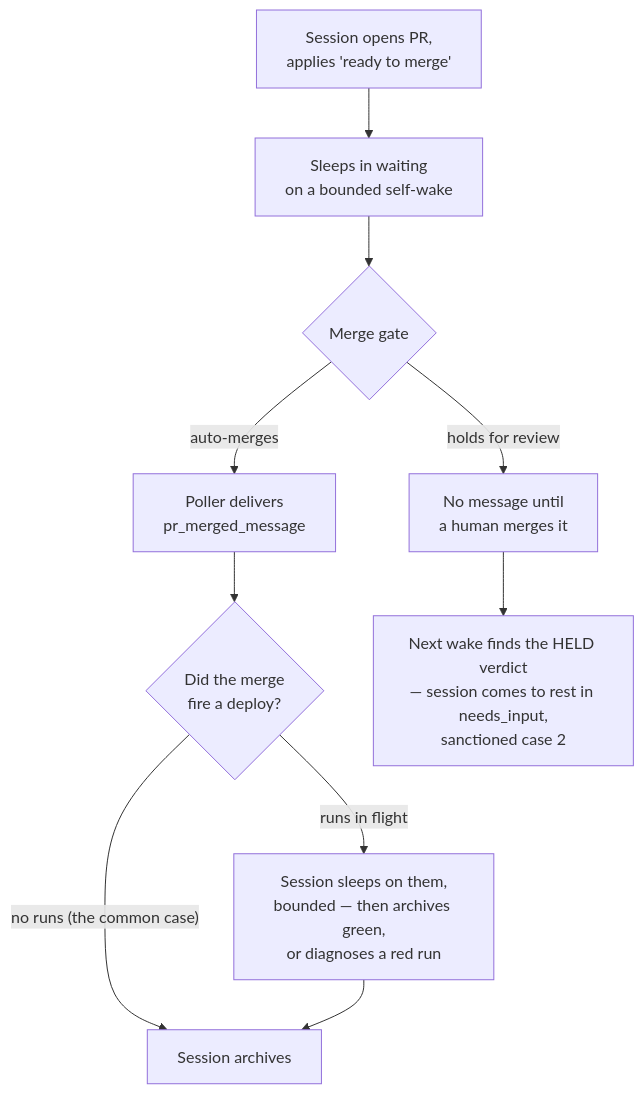
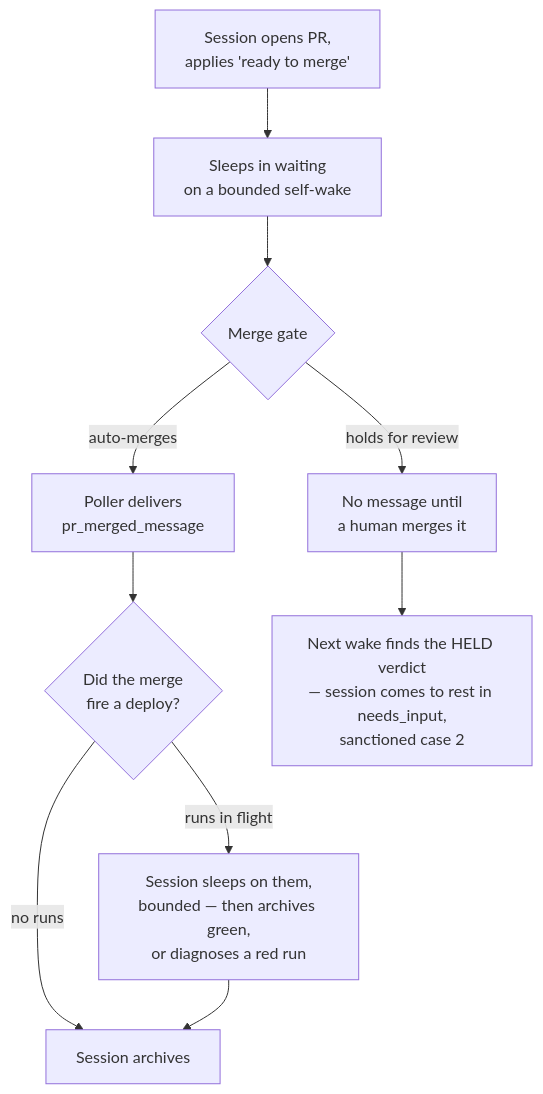
The first of 2 diagrams in docs/src/content/docs/sessions/goals.md (tadasant/zimmer), drawn with Mermaid before and after one commit. The commit also changed other lines of this file and 6 other files, not shown here.

````diff
--- a/docs/src/content/docs/sessions/goals.md
+++ b/docs/src/content/docs/sessions/goals.md
@@ -54,12 +54,12 @@
 ```mermaid
 flowchart TD
     A["Session opens PR,<br/>applies 'ready to merge'"] --> B["Sleeps in waiting<br/>on a bounded self-wake"]
     B --> C{"Merge gate"}
     C -->|auto-merges| D["Poller delivers<br/>pr_merged_message"]
     D --> H{"Did the merge<br/>fire a deploy?"}
-    H -->|"no runs (the common case)"| E["Session archives"]
+    H -->|"no runs"| E["Session archives"]
     H -->|"runs in flight"| I["Session sleeps on them,<br/>bounded — then archives green,<br/>or diagnoses a red run"]
     I --> E
     C -->|holds for review| F["No message until<br/>a human merges it"]
     F --> G["Next wake finds the HELD verdict<br/>— session comes to rest in needs_input,<br/>sanctioned case 2"]
 ```
````
